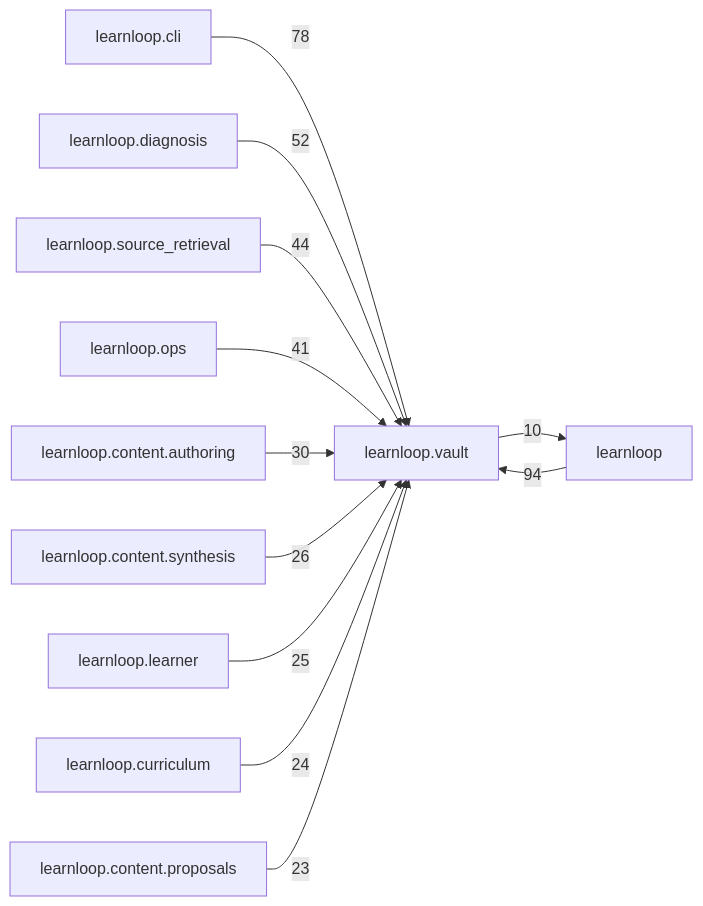
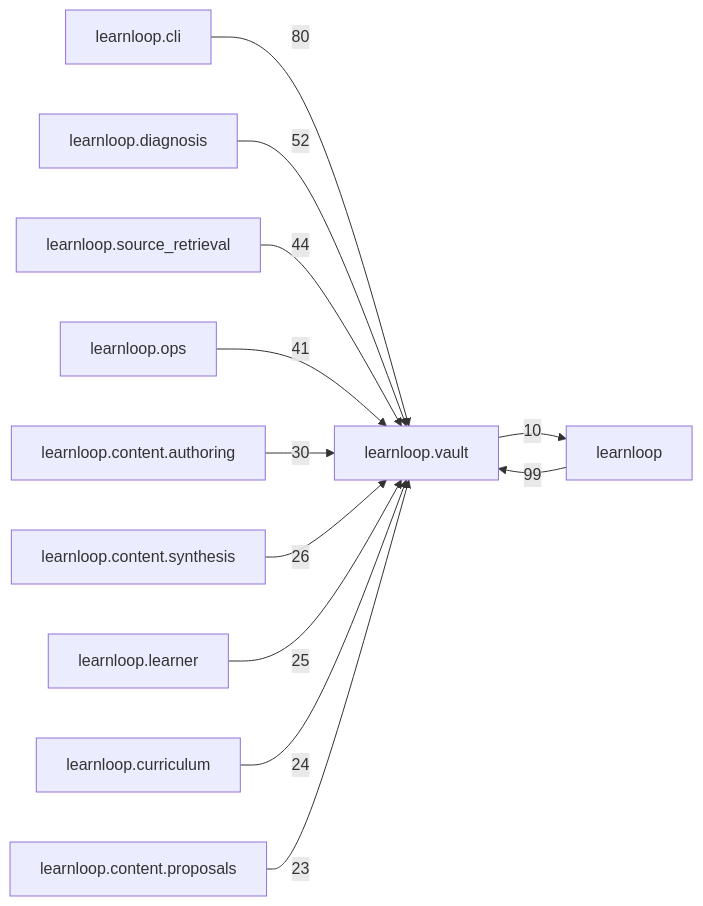
One commit to 6up-b/learnanything changed the diagram in docs/learnloop-architecture-vault/Reference/Modules/learnloop/vault/_package.md. Above: the diagram before and after it, drawn with Mermaid. The commit also changed other lines of this file and 590 other files, not shown here.

````diff
--- a/docs/learnloop-architecture-vault/Reference/Modules/learnloop/vault/_package.md
+++ b/docs/learnloop-architecture-vault/Reference/Modules/learnloop/vault/_package.md
@@ -136,25 +138,25 @@
 ```mermaid
 flowchart LR
     center["learnloop.vault"]
     n_learnloop["learnloop"]
     n_learnloop_cli["learnloop.cli"]
     n_learnloop_diagnosis["learnloop.diagnosis"]
     n_learnloop_source_retrieval["learnloop.source_retrieval"]
     n_learnloop_ops["learnloop.ops"]
     n_learnloop_content_authoring["learnloop.content.authoring"]
     n_learnloop_content_synthesis["learnloop.content.synthesis"]
     n_learnloop_learner["learnloop.learner"]
     n_learnloop_curriculum["learnloop.curriculum"]
     n_learnloop_content_proposals["learnloop.content.proposals"]
-    n_learnloop -->|94| center
+    n_learnloop -->|99| center
     center -->|10| n_learnloop
-    n_learnloop_cli -->|78| center
+    n_learnloop_cli -->|80| center
     n_learnloop_diagnosis -->|52| center
     n_learnloop_source_retrieval -->|44| center
     n_learnloop_ops -->|41| center
     n_learnloop_content_authoring -->|30| center
     n_learnloop_content_synthesis -->|26| center
     n_learnloop_learner -->|25| center
     n_learnloop_curriculum -->|24| center
     n_learnloop_content_proposals -->|23| center
 ```
````
